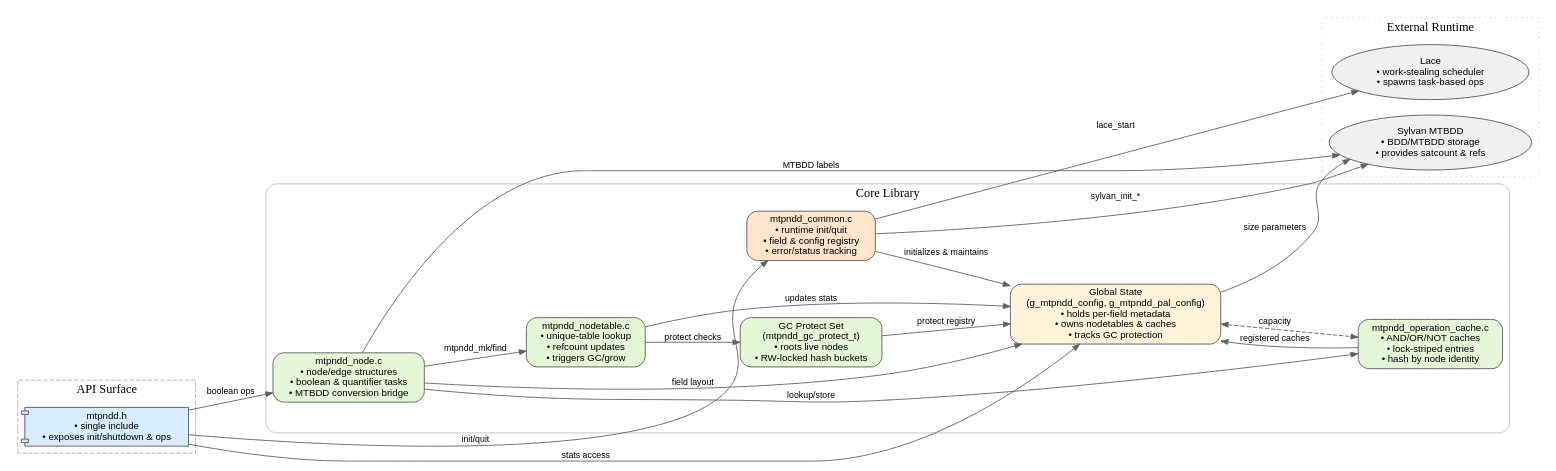
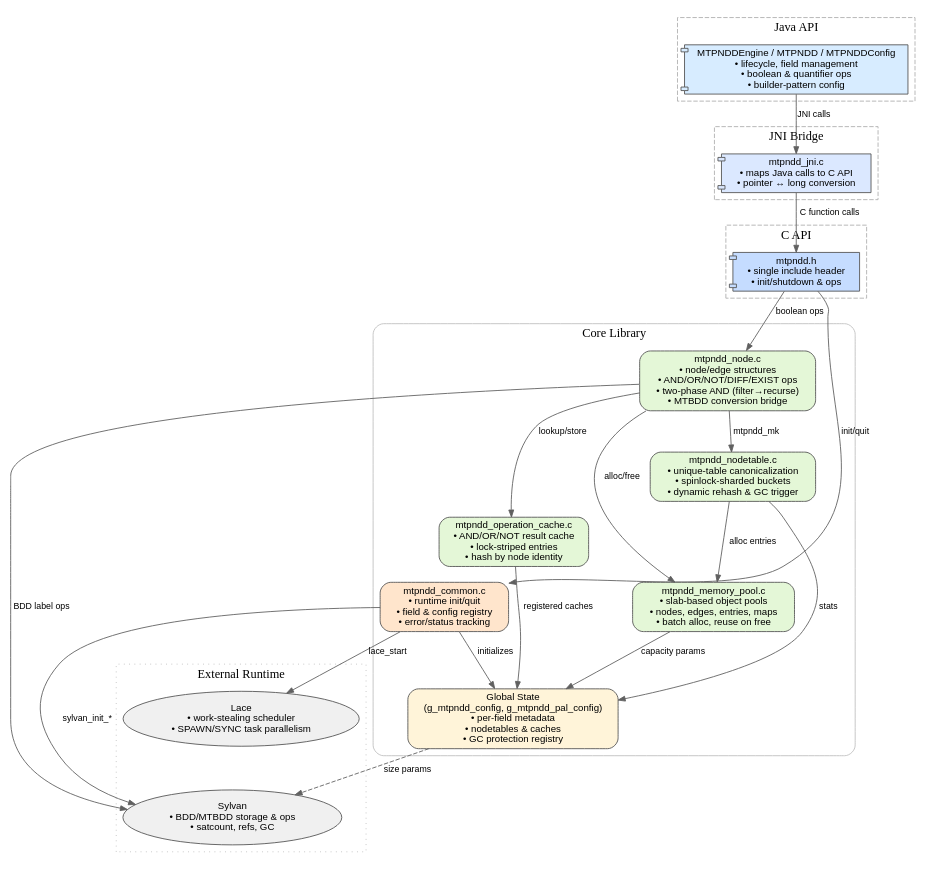
Before and after one commit to Augists/MTPNDD: the diagram in docs/mtpndd_architecture.dot, drawn with Graphviz. The commit also changed 2 other files, not shown here.

Commit message:
docs: rewrite README as landing page and update architecture diagram
Move detailed build/config/visualization docs to GitHub wiki. README now
focuses on introduction, key features, quick start, and performance highlights.
Architecture diagram updated to include JNI/Java API layers and memory pool module.

```diff
--- a/docs/mtpndd_architecture.dot
+++ b/docs/mtpndd_architecture.dot
@@ -1,57 +1,73 @@
 digraph MTPNDD {
-    rankdir=LR;
+    rankdir=TB;
     splines=true;
     bgcolor="white";
+    compound=true;
+    newrank=true;
     node [shape=box, style="rounded,filled", fillcolor="#f7f7f7", color="#555555", fontname="Helvetica", fontsize=11];
     edge [color="#606060", fontname="Helvetica", fontsize=10, arrowsize=0.8];
 
-    subgraph cluster_api {
-        label="API Surface";
+    subgraph cluster_java {
+        label="Java API";
         style="dashed";
         color="#b0b0b0";
-        api [label="mtpndd.h\n• single include\n• exposes init/shutdown & ops", shape=component, fillcolor="#d7ecff"];
+        java_api [label="MTPNDDEngine / MTPNDD / MTPNDDConfig\n• lifecycle, field management\n• boolean & quantifier ops\n• builder-pattern config", shape=component, fillcolor="#d7ecff"];
+    }
+
+    subgraph cluster_jni {
+        label="JNI Bridge";
+        style="dashed";
+        color="#b0b0b0";
+        jni [label="mtpndd_jni.c\n• maps Java calls to C API\n• pointer ↔ long conversion", shape=component, fillcolor="#dbe8ff"];
+    }
+
+    subgraph cluster_api {
+        label="C API";
+        style="dashed";
+        color="#b0b0b0";
+        api [label="mtpndd.h\n• single include header\n• init/shutdown & ops", shape=component, fillcolor="#c5dcff"];
     }
 
     subgraph cluster_core {
         label="Core Library";
         style="rounded";
         color="#c0c0c0";
         common [label="mtpndd_common.c\n• runtime init/quit\n• field & config registry\n• error/status tracking", fillcolor="#ffe5cc"];
-        config [label="Global State\n(g_mtpndd_config, g_mtpndd_pal_config)\n• holds per-field metadata\n• owns nodetables & caches\n• tracks GC protection", fillcolor="#fff4d9"];
-        node_ops [label="mtpndd_node.c\n• node/edge structures\n• boolean & quantifier tasks\n• MTBDD conversion bridge", fillcolor="#e4f7d7"];
-        nodetable [label="mtpndd_nodetable.c\n• unique-table lookup\n• refcount updates\n• triggers GC/grow", fillcolor="#e4f7d7"];
-        cache [label="mtpndd_operation_cache.c\n• AND/OR/NOT caches\n• lock-striped entries\n• hash by node identity", fillcolor="#e4f7d7"];
-        gc [label="GC Protect Set\n(mtpndd_gc_protect_t)\n• roots live nodes\n• RW-locked hash buckets", fillcolor="#e4f7d7"];
+        config [label="Global State\n(g_mtpndd_config, g_mtpndd_pal_config)\n• per-field metadata\n• nodetables & caches\n• GC protection registry", fillcolor="#fff4d9"];
+        node_ops [label="mtpndd_node.c\n• node/edge structures\n• AND/OR/NOT/DIFF/EXIST ops\n• two-phase AND (filter→recurse)\n• MTBDD conversion bridge", fillcolor="#e4f7d7"];
+        nodetable [label="mtpndd_nodetable.c\n• unique-table canonicalization\n• spinlock-sharded buckets\n• dynamic rehash & GC trigger", fillcolor="#e4f7d7"];
+        cache [label="mtpndd_operation_cache.c\n• AND/OR/NOT result cache\n• lock-striped entries\n• hash by node identity", fillcolor="#e4f7d7"];
+        mempool [label="mtpndd_memory_pool.c\n• slab-based object pools\n• nodes, edges, entries, maps\n• batch alloc, reuse on free", fillcolor="#e4f7d7"];
     }
 
     subgraph cluster_runtime {
         label="External Runtime";
         style="dotted";
         color="#bcbcbc";
-        lace [label="Lace\n• work-stealing scheduler\n• spawns task-based ops", shape=ellipse, fillcolor="#f0f0f0"];
-        sylvan [label="Sylvan MTBDD\n• BDD/MTBDD storage\n• provides satcount & refs", shape=ellipse, fillcolor="#f0f0f0"];
+        lace [label="Lace\n• work-stealing scheduler\n• SPAWN/SYNC task parallelism", shape=ellipse, fillcolor="#f0f0f0"];
+        sylvan [label="Sylvan\n• BDD/MTBDD storage & ops\n• satcount, refs, GC", shape=ellipse, fillcolor="#f0f0f0"];
     }
+
+    java_api -> jni [label="JNI calls"];
+    jni -> api [label="C function calls"];
 
     api -> common [label="init/quit" weight=2];
     api -> node_ops [label="boolean ops" weight=2];
-    api -> config [label="stats access"];
 
-    common -> config [label="initializes & maintains" weight=2];
-    common -> lace [label="lace_start" minlen=2];
-    common -> sylvan [label="sylvan_init_*" minlen=2];
+    common -> config [label="initializes" weight=2];
+    common -> lace [label="lace_start"];
+    common -> sylvan [label="sylvan_init_*"];
 
-    node_ops -> nodetable [label="mtpndd_mk/find" weight=2];
+    node_ops -> nodetable [label="mtpndd_mk" weight=2];
     node_ops -> cache [label="lookup/store"];
-    node_ops -> sylvan [label="MTBDD labels" minlen=2];
-    node_ops -> config [label="field layout"];
+    node_ops -> mempool [label="alloc/free"];
+    node_ops -> sylvan [label="BDD label ops"];
 
-    nodetable -> config [label="updates stats"];
-    nodetable -> gc [label="protect checks"];
+    nodetable -> config [label="stats"];
+    nodetable -> mempool [label="alloc entries"];
 
     cache -> config [label="registered caches"];
+    mempool -> config [label="capacity params"];
 
-    gc -> config [label="protect registry"];
-
-    config -> sylvan [label="size parameters"];
-    config -> cache [label="capacity" dir="both" style="dashed"];
+    config -> sylvan [label="size params" style="dashed"];
 }
```
